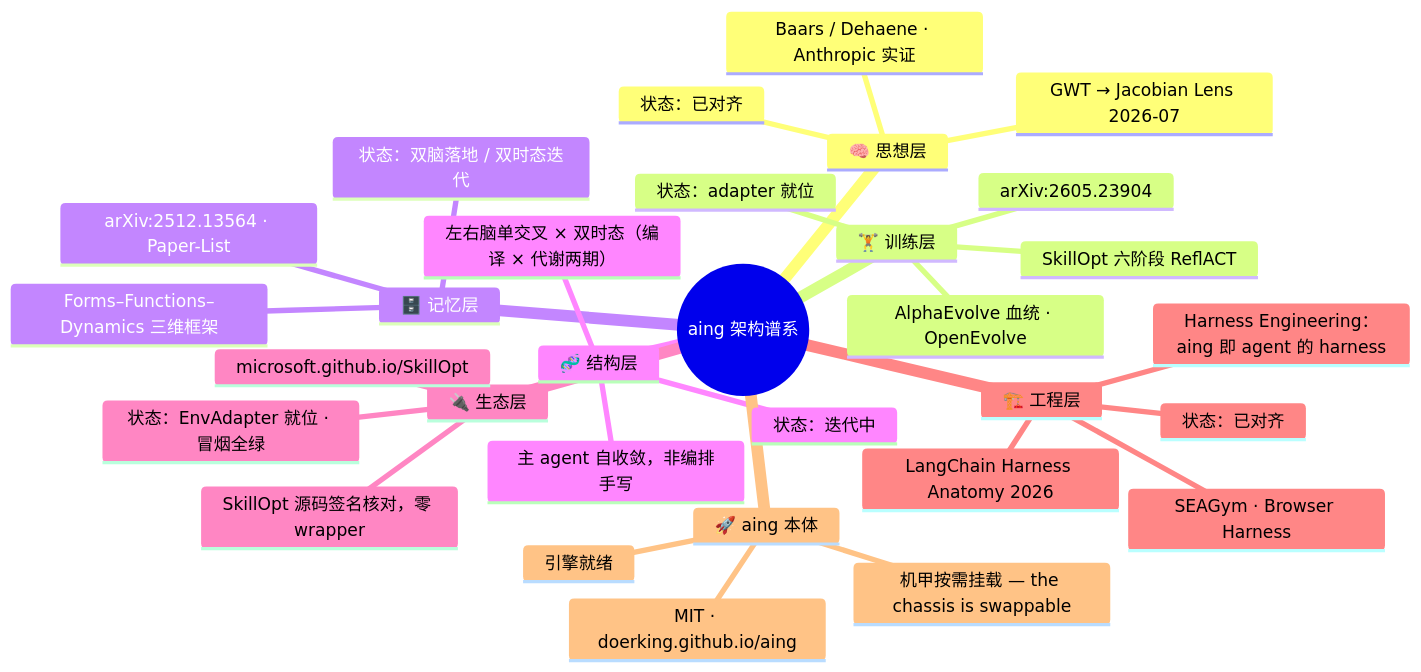
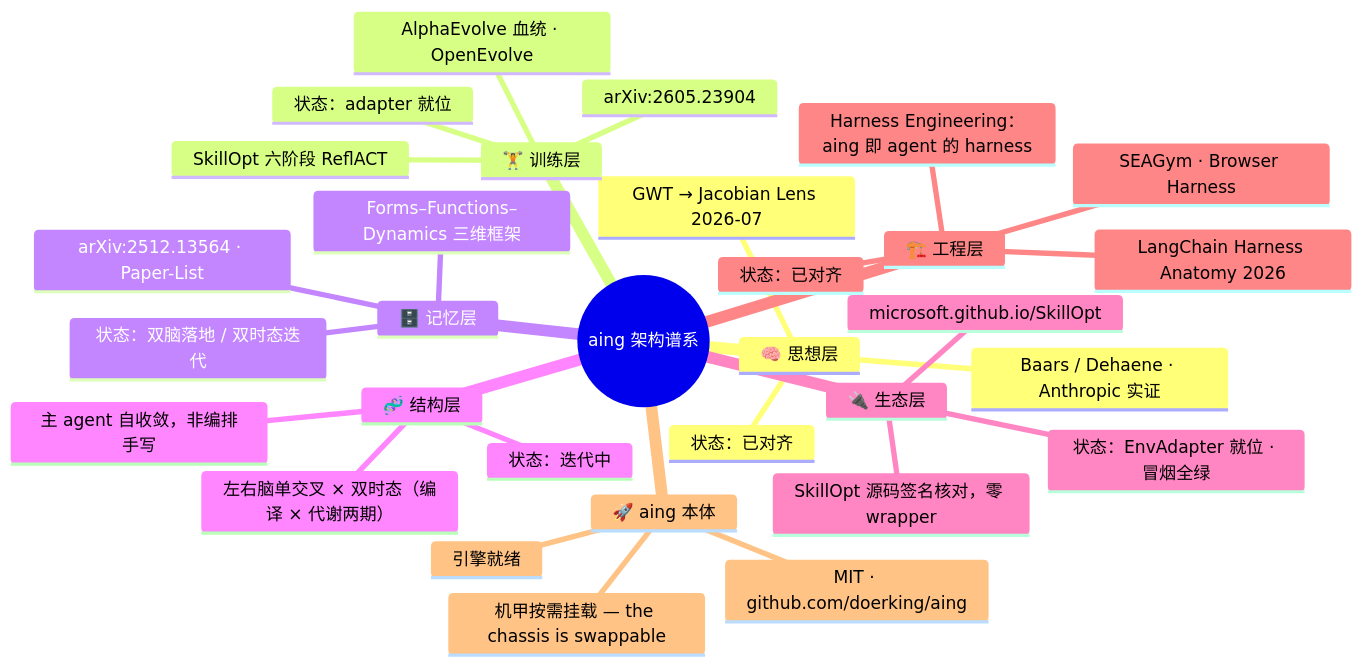
One commit to doerking/aing changed the diagram in README.md. Above: the diagram before and after it, drawn with Mermaid. The commit also changed 1 other file, not shown here.

Commit message:
aing: retire GitHub Pages — remove jekyll-gh-pages workflow (web-added, unneeded for Node/Markdown project), README aing-node link updated to repo URL; Pages never enabled so 404 site eliminated

````diff
--- a/README.md
+++ b/README.md
@@ -526,34 +526,34 @@
 ```mermaid
 mindmap
   root((aing 架构谱系))
     🧠 思想层
       GWT → Jacobian Lens 2026-07
       Baars / Dehaene · Anthropic 实证
       状态：已对齐
     🏋️ 训练层
       SkillOpt 六阶段 ReflACT
       AlphaEvolve 血统 · OpenEvolve
       arXiv:2605.23904
       状态：adapter 就位
     🗄️ 记忆层
       Forms–Functions–Dynamics 三维框架
       arXiv:2512.13564 · Paper-List
       状态：双脑落地 / 双时态迭代
     🧬 结构层
       左右脑单交叉 × 双时态（编译 × 代谢两期）
       主 agent 自收敛，非编排手写
       状态：迭代中
     🔌 生态层
       SkillOpt 源码签名核对，零 wrapper
       microsoft.github.io/SkillOpt
       状态：EnvAdapter 就位 · 冒烟全绿
     🏗️ 工程层
       Harness Engineering：aing 即 agent 的 harness
       LangChain Harness Anatomy 2026
       SEAGym · Browser Harness
       状态：已对齐
     🚀 aing 本体
       引擎就绪
       机甲按需挂载 — the chassis is swappable
-      MIT · doerking.github.io/aing
+      MIT · github.com/doerking/aing
 ```
````
